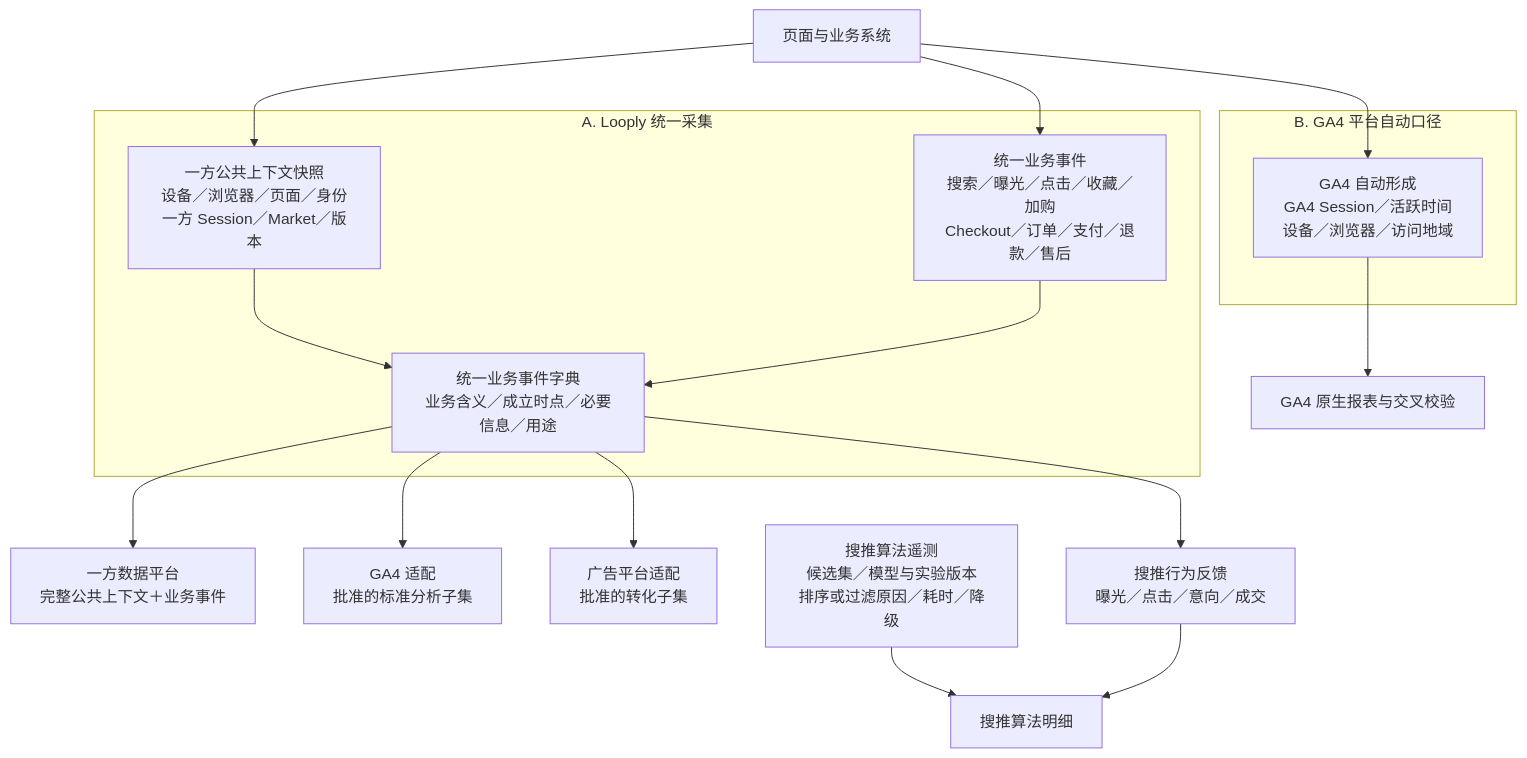
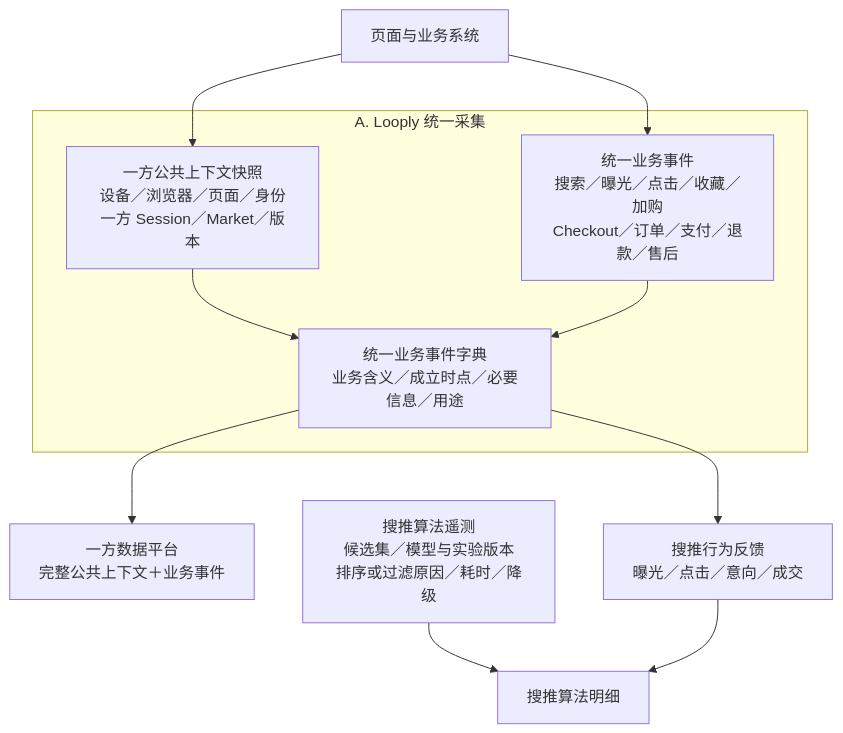
The diagram in docs-数据采集与埋点/PRD/latest.md (happy2snow007-blip/looply-docs), drawn with Mermaid before and after one commit. The commit also changed other lines of this file and 2 other files, not shown here.

````diff
--- a/docs-数据采集与埋点/PRD/latest.md
+++ b/docs-数据采集与埋点/PRD/latest.md
@@ -51,29 +51,21 @@
 ```mermaid
 flowchart TB
     S["页面与业务系统"]
 
     subgraph A["A. Looply 统一采集"]
         C["一方公共上下文快照<br/>设备／浏览器／页面／身份<br/>一方 Session／Market／版本"]
         E["统一业务事件<br/>搜索／曝光／点击／收藏／加购<br/>Checkout／订单／支付／退款／售后"]
         D["统一业务事件字典<br/>业务含义／成立时点／必要信息／用途"]
         C --> D
         E --> D
     end
 
-    subgraph B["B. GA4 平台自动口径"]
-        G0["GA4 自动形成<br/>GA4 Session／活跃时间<br/>设备／浏览器／访问地域"]
-    end
-
     S --> C
     S --> E
-    S --> G0
 
     D --> F["一方数据平台<br/>完整公共上下文＋业务事件"]
-    D --> G["GA4 适配<br/>批准的标准分析子集"]
-    D --> AD["广告平台适配<br/>批准的转化子集"]
     D --> R["搜推行为反馈<br/>曝光／点击／意向／成交"]
 
     RT["搜推算法遥测<br/>候选集／模型与实验版本<br/>排序或过滤原因／耗时／降级"] --> RM["搜推算法明细"]
     R --> RM
-    G0 --> GR["GA4 原生报表与交叉校验"]
 ```
````
